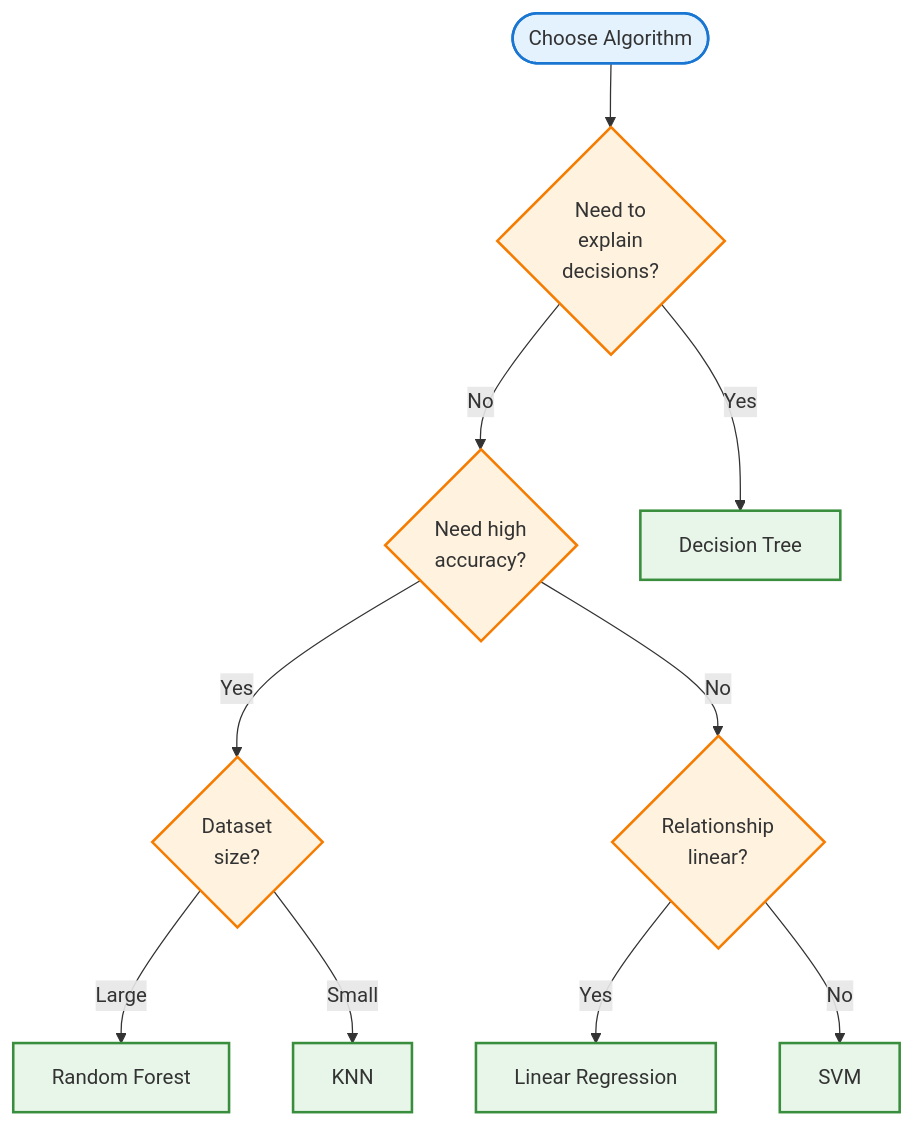
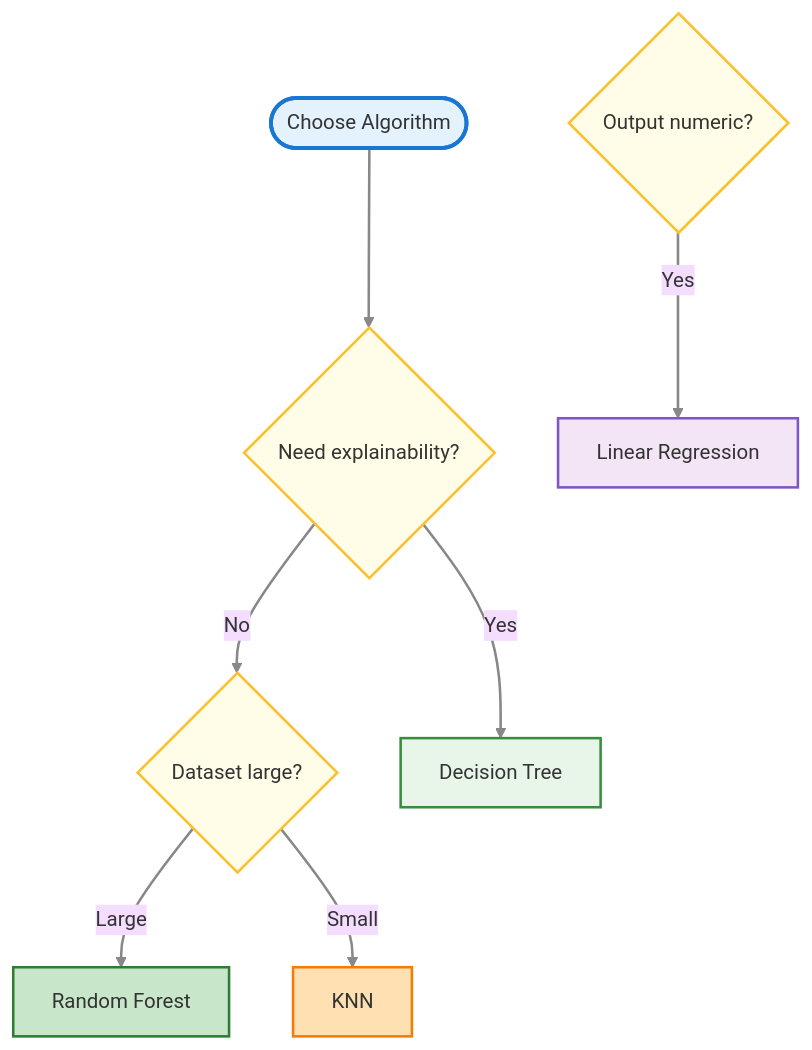
The sixth of 6 diagrams in _posts/series/journey-automation-to-ai/2026-01-21-series-3-chapter-3-1-common-ml-algorithms.md (ravijoshi1810/codifyme), drawn with Mermaid before and after one commit. The commit also changed other lines of this file and 25 other files, not shown here.

````diff
--- a/_posts/series/journey-automation-to-ai/2026-01-21-series-3-chapter-3-1-common-ml-algorithms.md
+++ b/_posts/series/journey-automation-to-ai/2026-01-21-series-3-chapter-3-1-common-ml-algorithms.md
@@ -465,36 +433,43 @@
 ```mermaid
+%%{init: {"theme": "base"} }%%
 flowchart TD
+linkStyle default stroke:#888,stroke-width:2px;
     Start([Choose Algorithm])
-    
-    Q1{Need to<br/>explain<br/>decisions?}
-    Q2{Dataset<br/>size?}
-    Q3{Relationship<br/>linear?}
-    Q4{Need high<br/>accuracy?}
-    
+    Q1{Need explainability?}
+    Q2{Output numeric?}
+    Q3{Dataset large?}
     A1[Decision Tree]
     A2[Linear Regression]
     A3[Random Forest]
     A4[KNN]
-    A5[SVM]
-    
     Start --> Q1
     Q1 -->|Yes| A1
-    Q1 -->|No| Q4
-    Q4 -->|Yes| Q2
-    Q4 -->|No| Q3
-    Q2 -->|Large| A3
-    Q2 -->|Small| A4
-    Q3 -->|Yes| A2
-    Q3 -->|No| A5
-    
-    style Start fill:#e3f2fd,stroke:#1976d2,stroke-width:2px
-    style Q1 fill:#fff3e0,stroke:#f57c00,stroke-width:2px
-    style Q2 fill:#fff3e0,stroke:#f57c00,stroke-width:2px
-    style Q3 fill:#fff3e0,stroke:#f57c00,stroke-width:2px
-    style Q4 fill:#fff3e0,stroke:#f57c00,stroke-width:2px
-    style A1 fill:#e8f5e9,stroke:#388e3c,stroke-width:2px
-    style A2 fill:#e8f5e9,stroke:#388e3c,stroke-width:2px
-    style A3 fill:#e8f5e9,stroke:#388e3c,stroke-width:2px
-    style A4 fill:#e8f5e9,stroke:#388e3c,stroke-width:2px
-    style A5 fill:#e8f5e9,stroke:#388e3c,stroke-width:2px
+    Q1 -->|No| Q3
+    Q3 -->|Large| A3
+    Q3 -->|Small| A4
+    Q2 -->|Yes| A2
+    classDef start fill:#e3f2fd,stroke:#1976d2,stroke-width:3px;
+    classDef question fill:#fffde7,stroke:#fbc02d,stroke-width:2px;
+    classDef tree fill:#e8f5e9,stroke:#388e3c,stroke-width:2px;
+    classDef linear fill:#f3e5f5,stroke:#7e57c2,stroke-width:2px;
+    classDef forest fill:#c8e6c9,stroke:#2e7d32,stroke-width:2px;
+    classDef knn fill:#ffe0b2,stroke:#f57c00,stroke-width:2px;
+    class Start start;
+    class Q1,Q2,Q3 question;
+    class A1 tree;
+    class A2 linear;
+    class A3 forest;
+    class A4 knn;
+    classDef start fill:#e3f2fd,stroke:#1976d2,stroke-width:3px;
+    classDef question fill:#fffde7,stroke:#fbc02d,stroke-width:2px;
+    classDef tree fill:#e8f5e9,stroke:#388e3c,stroke-width:2px;
+    classDef linear fill:#f3e5f5,stroke:#7e57c2,stroke-width:2px;
+    classDef forest fill:#c8e6c9,stroke:#2e7d32,stroke-width:2px;
+    classDef knn fill:#ffe0b2,stroke:#f57c00,stroke-width:2px;
+    class Start start;
+    class Q1,Q2,Q3 question;
+    class A1 tree;
+    class A2 linear;
+    class A3 forest;
+    class A4 knn;
 ```
````
